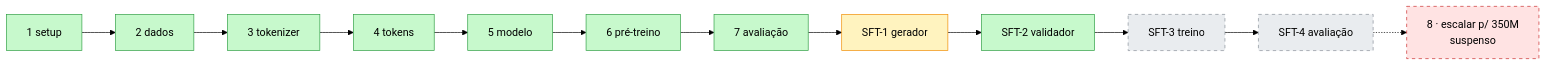
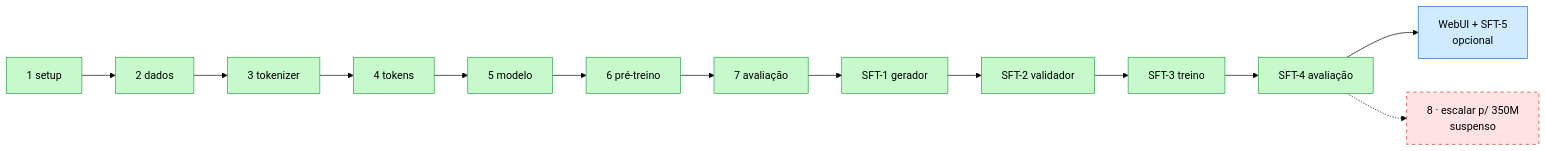
One commit to marcelogsouza/pingo changed the second of 2 diagrams in docs/Pingo.md. Above: the diagram before and after it, drawn with Mermaid (forest theme). The commit also changed other lines of this file and 9 other files, not shown here.

Commit message:
docs: SFT concluído (run de 1 época), WebUI e números de treino/avaliação

````diff
--- a/docs/Pingo.md
+++ b/docs/Pingo.md
@@ -137,20 +139,22 @@
 ```mermaid
 flowchart LR
     s1["1 setup"] --> s2["2 dados"] --> s3["3 tokenizer"] --> s4["4 tokens"] --> s5["5 modelo"]
     s5 --> s6["6 pré-treino"] --> s7["7 avaliação"]
     s7 --> s1g["SFT-1 gerador"]
     s1g --> s2v["SFT-2 validador"] --> s3t["SFT-3 treino"] --> s4e["SFT-4 avaliação"]
+    s4e --> ui["WebUI + SFT-5<br/>opcional"]
     s4e -.-> s8["8 · escalar p/ 350M<br/>suspenso"]
     style s1 fill:#c7f9cc,stroke:#2f9e44
     style s2 fill:#c7f9cc,stroke:#2f9e44
     style s3 fill:#c7f9cc,stroke:#2f9e44
     style s4 fill:#c7f9cc,stroke:#2f9e44
     style s5 fill:#c7f9cc,stroke:#2f9e44
     style s6 fill:#c7f9cc,stroke:#2f9e44
     style s7 fill:#c7f9cc,stroke:#2f9e44
-    style s1g fill:#fff3bf,stroke:#f08c00
+    style s1g fill:#c7f9cc,stroke:#2f9e44
     style s2v fill:#c7f9cc,stroke:#2f9e44
-    style s3t fill:#e9ecef,stroke:#868e96,stroke-dasharray: 5 5
-    style s4e fill:#e9ecef,stroke:#868e96,stroke-dasharray: 5 5
+    style s3t fill:#c7f9cc,stroke:#2f9e44
+    style s4e fill:#c7f9cc,stroke:#2f9e44
+    style ui fill:#d0ebff,stroke:#1971c2
     style s8 fill:#ffe3e3,stroke:#c92a2a,stroke-dasharray: 5 5
 ```
````
